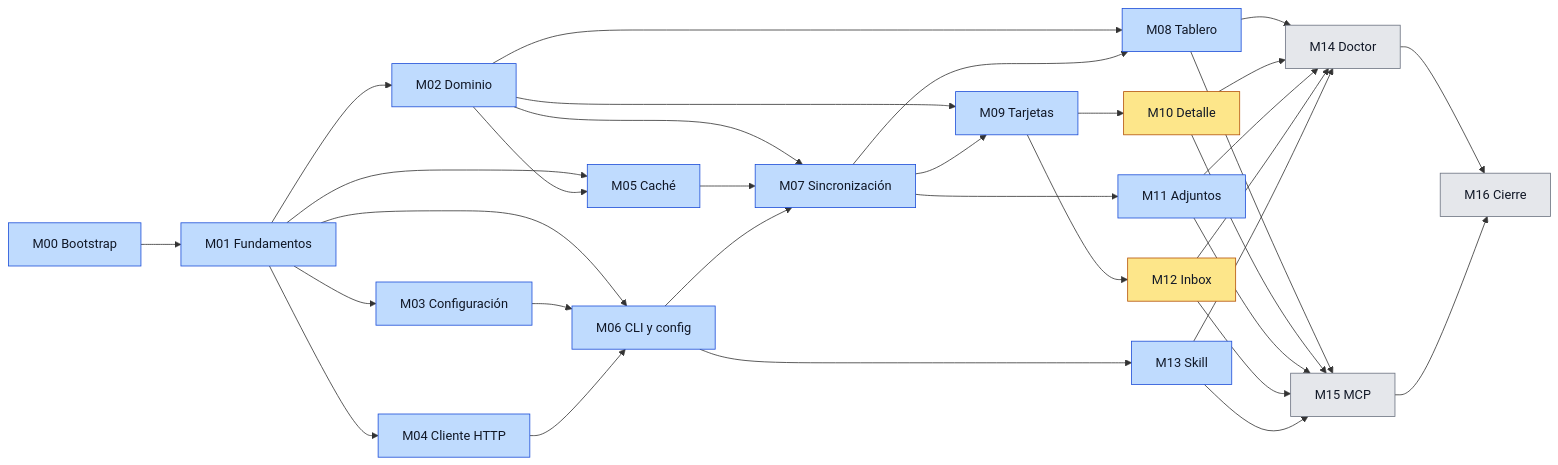
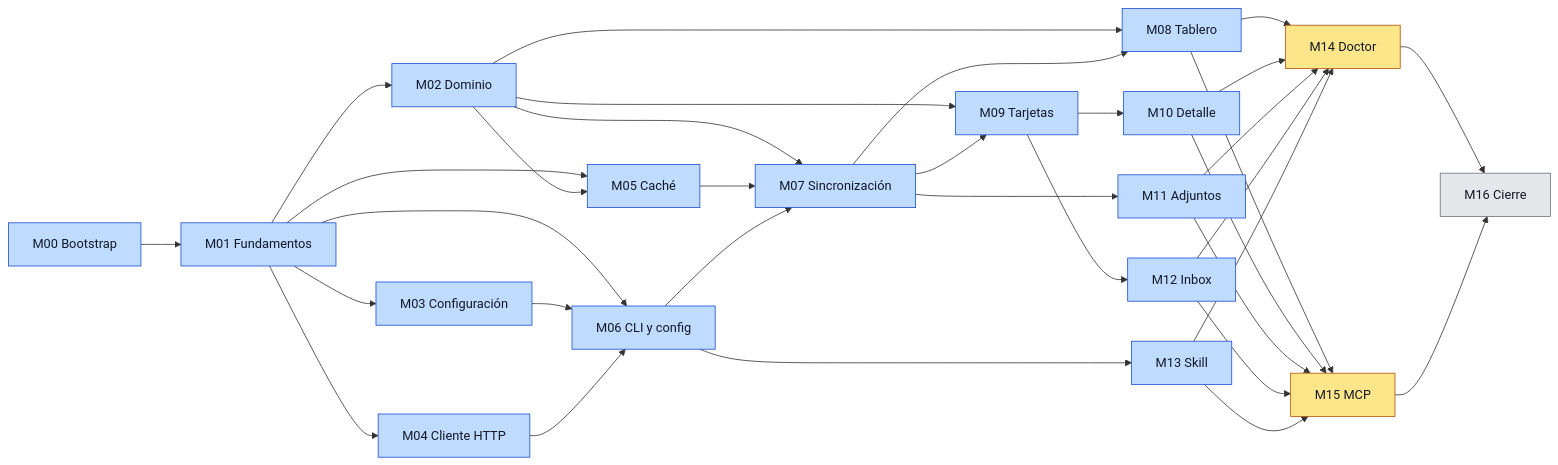
The diagram in docs/plan/00-plan-maestro.md (dayler/trelloctl), drawn with Mermaid before and after one commit. The commit also changed other lines of this file, not shown here.

Commit message:
docs(plan): wave 6 in review, start wave 7

````diff
--- a/docs/plan/00-plan-maestro.md
+++ b/docs/plan/00-plan-maestro.md
@@ -84,49 +84,50 @@
 ```mermaid
 flowchart LR
     M00[M00 Bootstrap] --> M01[M01 Fundamentos]
     M01 --> M02[M02 Dominio]
     M01 --> M03[M03 Configuración]
     M01 --> M04[M04 Cliente HTTP]
     M01 --> M05[M05 Caché]
     M02 --> M05
     M01 --> M06[M06 CLI y config]
     M03 --> M06
     M04 --> M06
     M02 --> M07[M07 Sincronización]
     M05 --> M07
     M06 --> M07
     M06 --> M13[M13 Skill]
     M02 --> M08[M08 Tablero]
     M07 --> M08
     M02 --> M09[M09 Tarjetas]
     M07 --> M09
     M07 --> M11[M11 Adjuntos]
     M09 --> M10[M10 Detalle]
     M09 --> M12[M12 Inbox]
     M08 --> M14[M14 Doctor]
     M10 --> M14
     M11 --> M14
     M12 --> M14
     M13 --> M14
     M08 --> M15[M15 MCP]
     M10 --> M15
     M11 --> M15
     M12 --> M15
     M13 --> M15
     M14 --> M16[M16 Cierre]
     M15 --> M16
 
     classDef pending fill:#e5e7eb,stroke:#6b7280,color:#111827
     classDef in_progress fill:#fde68a,stroke:#b45309,color:#111827
     classDef in_review fill:#bfdbfe,stroke:#1d4ed8,color:#111827
     classDef done fill:#bbf7d0,stroke:#15803d,color:#111827
     classDef blocked fill:#fecaca,stroke:#b91c1c,color:#111827
-    class M14,M15,M16 pending
+    class M16 pending
     class M00 in_review
     class M01 in_review
     class M02,M03,M04 in_review
     class M05,M06 in_review
     class M07,M13 in_review
     class M08,M09,M11 in_review
-    class M10,M12 in_progress
+    class M10,M12 in_review
+    class M14,M15 in_progress
 ```
````
